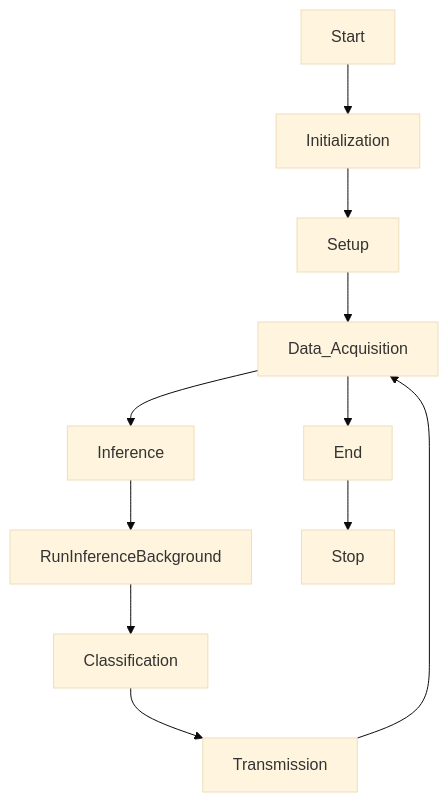
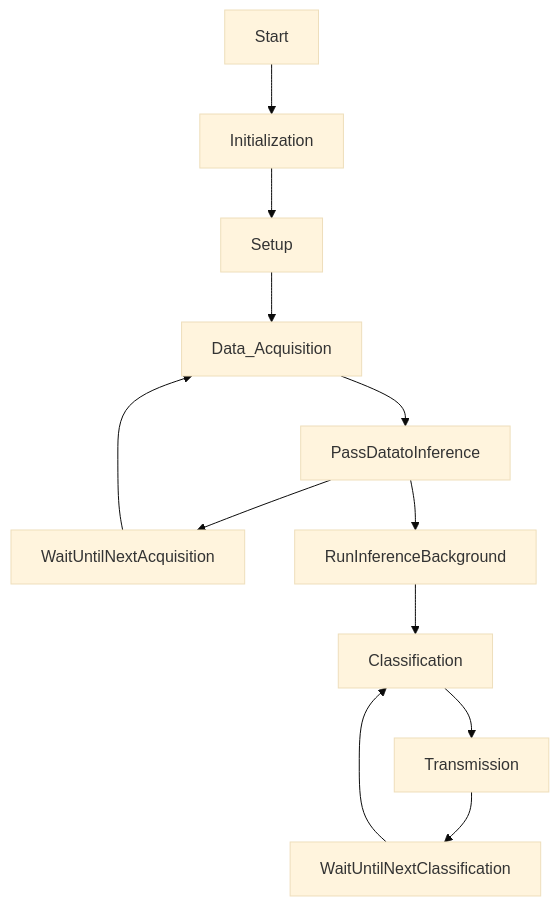
The diagram in README.md (andresoliva/NanoBle33Sense_LowPower), drawn with Mermaid (base theme) before and after one commit.

````diff
--- a/README.md
+++ b/README.md
@@ -49,13 +49,14 @@
 ```mermaid
 flowchart TD
     Start --> Initialization
     Initialization --> Setup
     Setup --> Data_Acquisition
-    Data_Acquisition --> Inference
-    Inference --> RunInferenceBackground
-    RunInferenceBackground --> Classification
+    Data_Acquisition --> PassDatatoInference
+    PassDatatoInference --> WaitUntilNextAcquisition
+    PassDatatoInference --> RunInferenceBackground
+    WaitUntilNextAcquisition --> Data_Acquisition
+    RunInferenceBackground -->Classification
     Classification --> Transmission
-    Transmission --> Data_Acquisition
-    Data_Acquisition --> End
-    End --> Stop
+    Transmission --> WaitUntilNextClassification
+    WaitUntilNextClassification --> Classification
 ```
````
